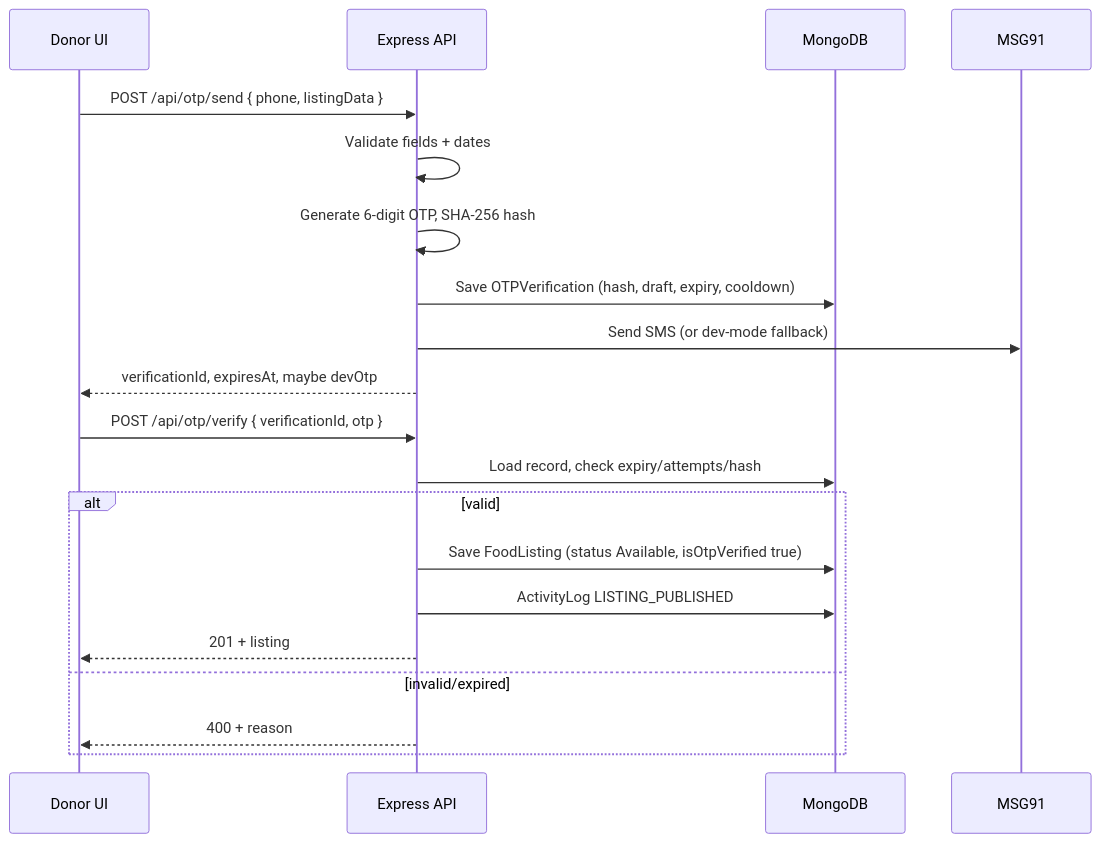
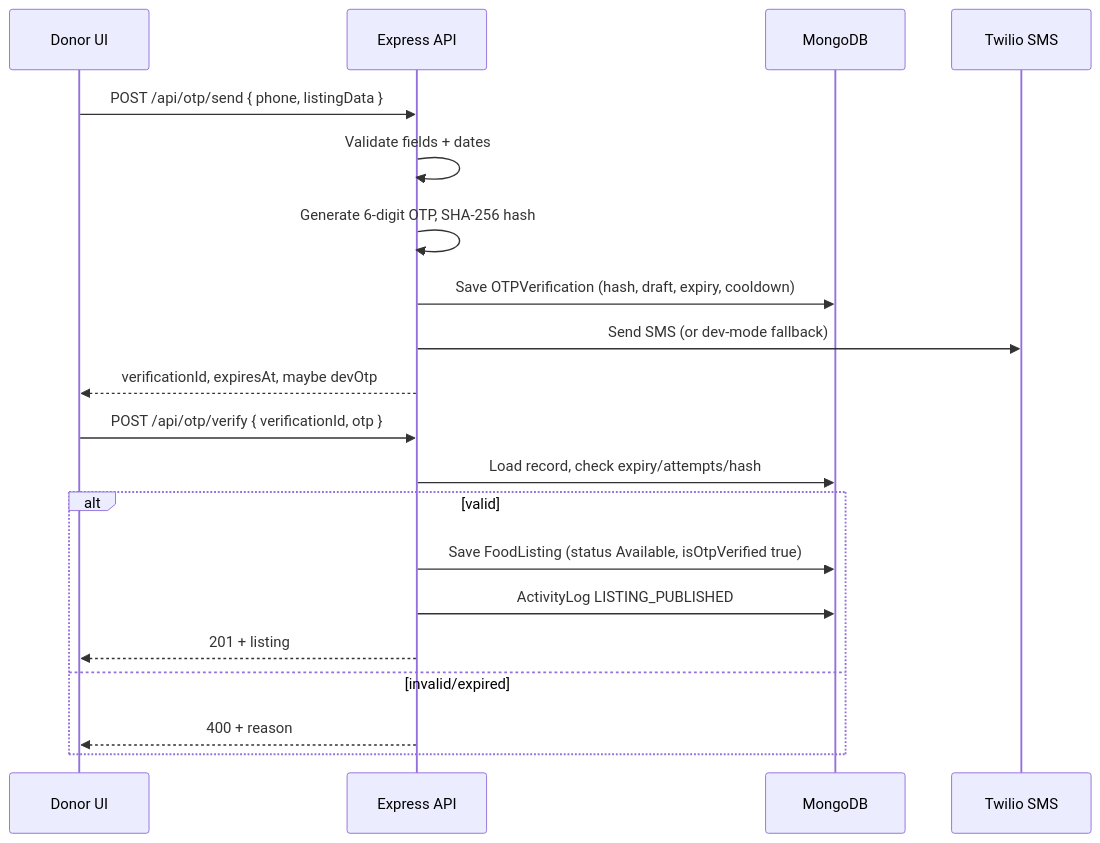
One commit to NishanthPechimuthu/Foodlink changed the third of 4 diagrams in C and S/PROJECT_DOCUMENTATION.md. Above: the diagram before and after it, drawn with Mermaid. The commit also changed other lines of this file and 39 other files, not shown here.

````diff
--- a/C and S/PROJECT_DOCUMENTATION.md
+++ b/C and S/PROJECT_DOCUMENTATION.md
@@ -591,23 +594,23 @@
 ```mermaid
 sequenceDiagram
     participant D as Donor UI
     participant API as Express API
     participant DB as MongoDB
-    participant SMS as MSG91
+    participant SMS as Twilio SMS
 
     D->>API: POST /api/otp/send { phone, listingData }
     API->>API: Validate fields + dates
     API->>API: Generate 6-digit OTP, SHA-256 hash
     API->>DB: Save OTPVerification (hash, draft, expiry, cooldown)
     API->>SMS: Send SMS (or dev-mode fallback)
     API-->>D: verificationId, expiresAt, maybe devOtp
     D->>API: POST /api/otp/verify { verificationId, otp }
     API->>DB: Load record, check expiry/attempts/hash
     alt valid
         API->>DB: Save FoodListing (status Available, isOtpVerified true)
         API->>DB: ActivityLog LISTING_PUBLISHED
         API-->>D: 201 + listing
     else invalid/expired
         API-->>D: 400 + reason
     end
 ```
````
